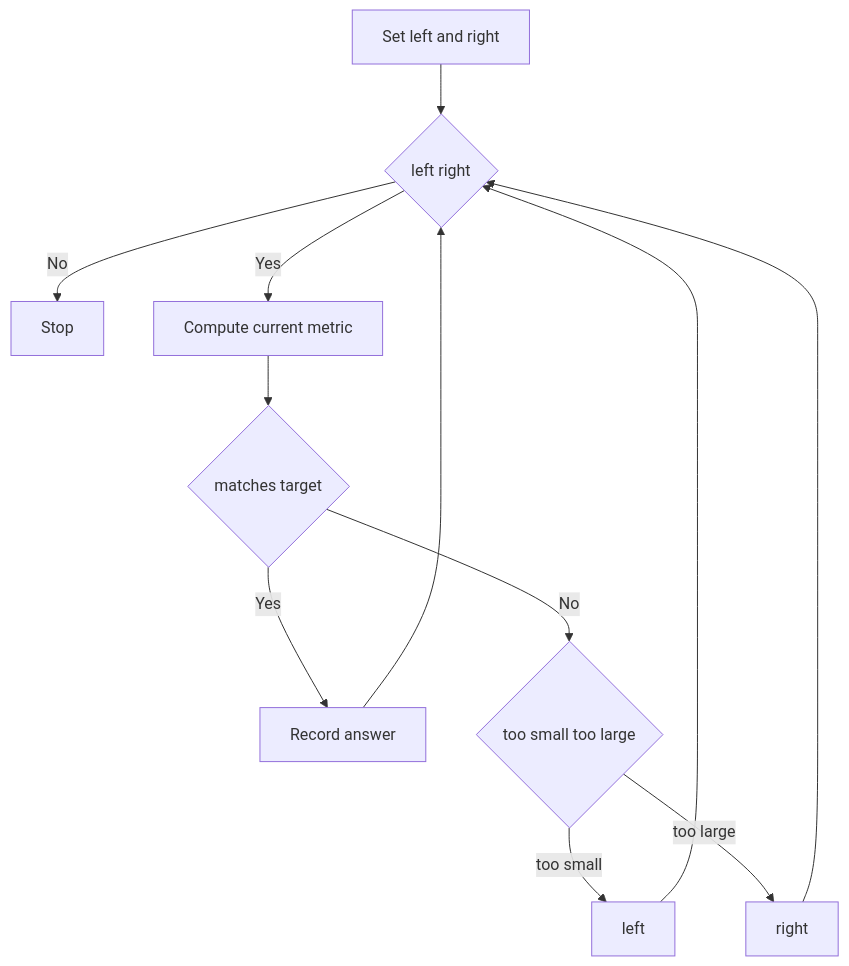
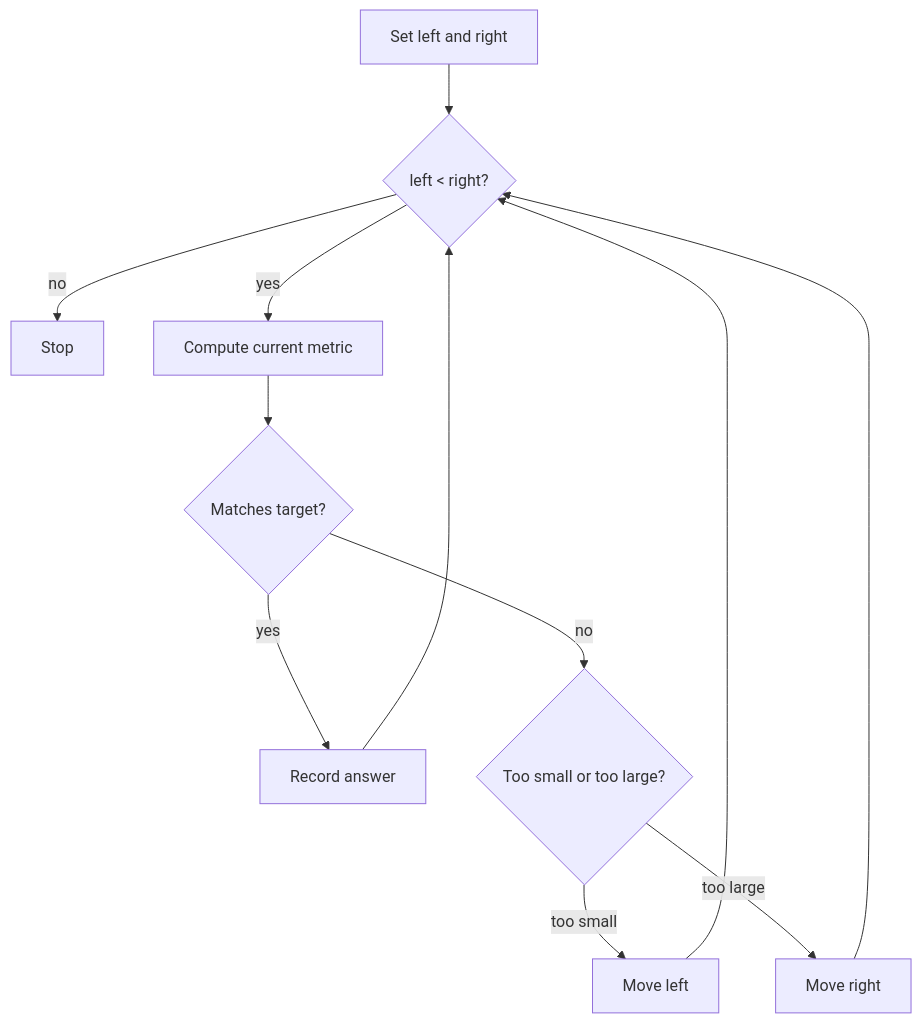
One commit to choisimo/document changed the diagram in content/docs/algorithms/algorithm-architect/07-two-pointers/01-two-pointers.md. Above: the diagram before and after it, drawn with Mermaid. The commit also changed other lines of this file and 432 other files, not shown here.

````diff
--- a/content/docs/algorithms/algorithm-architect/07-two-pointers/01-two-pointers.md
+++ b/content/docs/algorithms/algorithm-architect/07-two-pointers/01-two-pointers.md
@@ -12,14 +72,14 @@
 ```mermaid
 flowchart TD
-    A[Set left and right] --> B{left right}
-    B -- No --> C[Stop]
-    B -- Yes --> D[Compute current metric]
-    D --> E{matches target}
-    E -- Yes --> F[Record answer]
-    E -- No --> G{too small too large}
-    G -- too small --> H[left]
-    G -- too large --> I[right]
+    A[Set left and right] --> B{left < right?}
+    B -- no --> C[Stop]
+    B -- yes --> D[Compute current metric]
+    D --> E{Matches target?}
+    E -- yes --> F[Record answer]
+    E -- no --> G{Too small or too large?}
+    G -- too small --> H[Move left]
+    G -- too large --> I[Move right]
     H --> B
     I --> B
     F --> B
 ```
````
